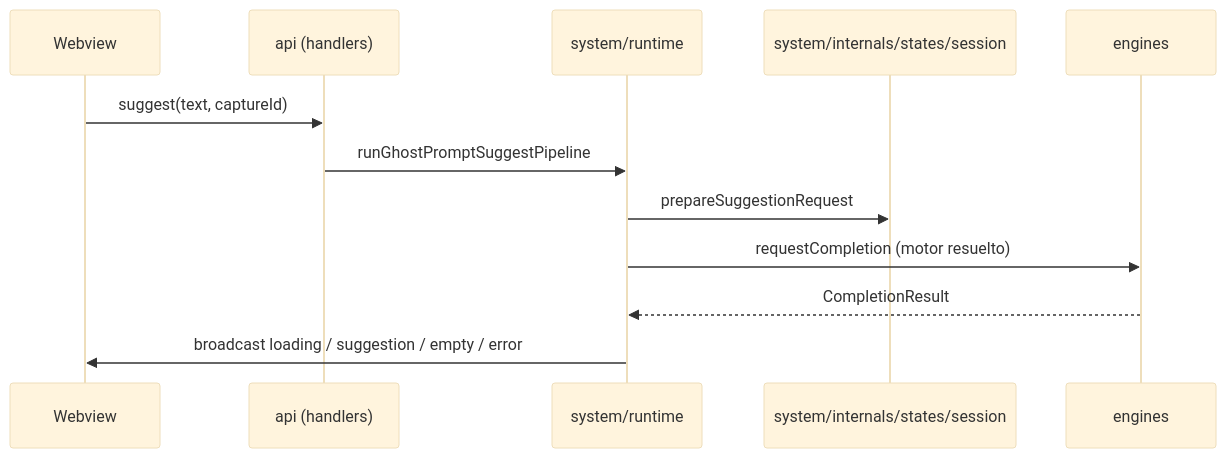
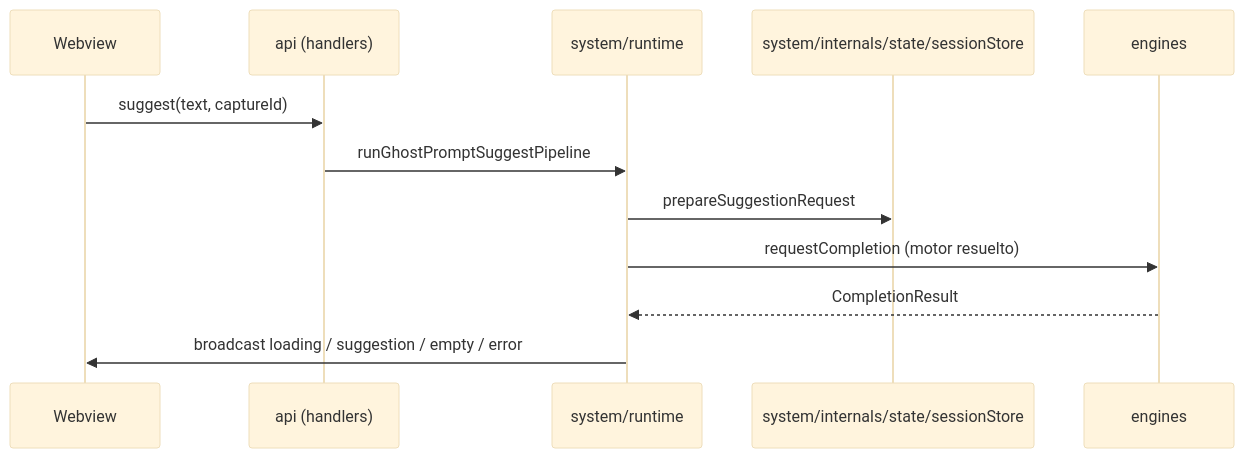
Before and after one commit to jaminsmoke/GhostPrompt: the diagram in src/sugcore/README.md, drawn with Mermaid (base theme). The commit also changed other lines of this file and 185 other files, not shown here.

````diff
--- a/src/sugcore/README.md
+++ b/src/sugcore/README.md
@@ -43,14 +40,14 @@
 ```mermaid
 sequenceDiagram
   participant W as Webview
   participant A as api (handlers)
   participant P as system/runtime
-  participant S as system/internals/states/session
+  participant S as system/internals/state/sessionStore
   participant E as engines
   W->>A: suggest(text, captureId)
   A->>P: runGhostPromptSuggestPipeline
   P->>S: prepareSuggestionRequest
   P->>E: requestCompletion (motor resuelto)
   E-->>P: CompletionResult
   P->>W: broadcast loading / suggestion / empty / error
 ```
````
